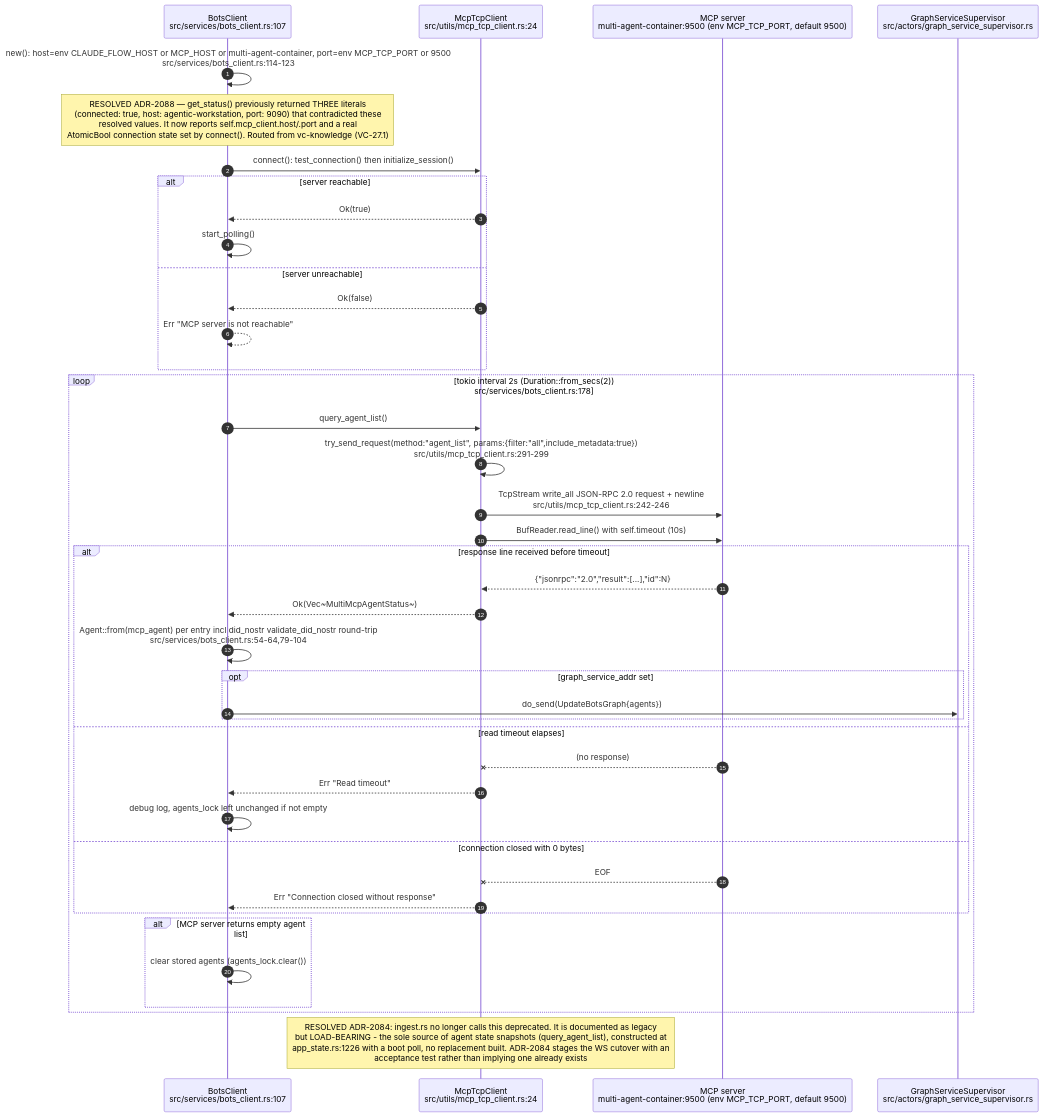
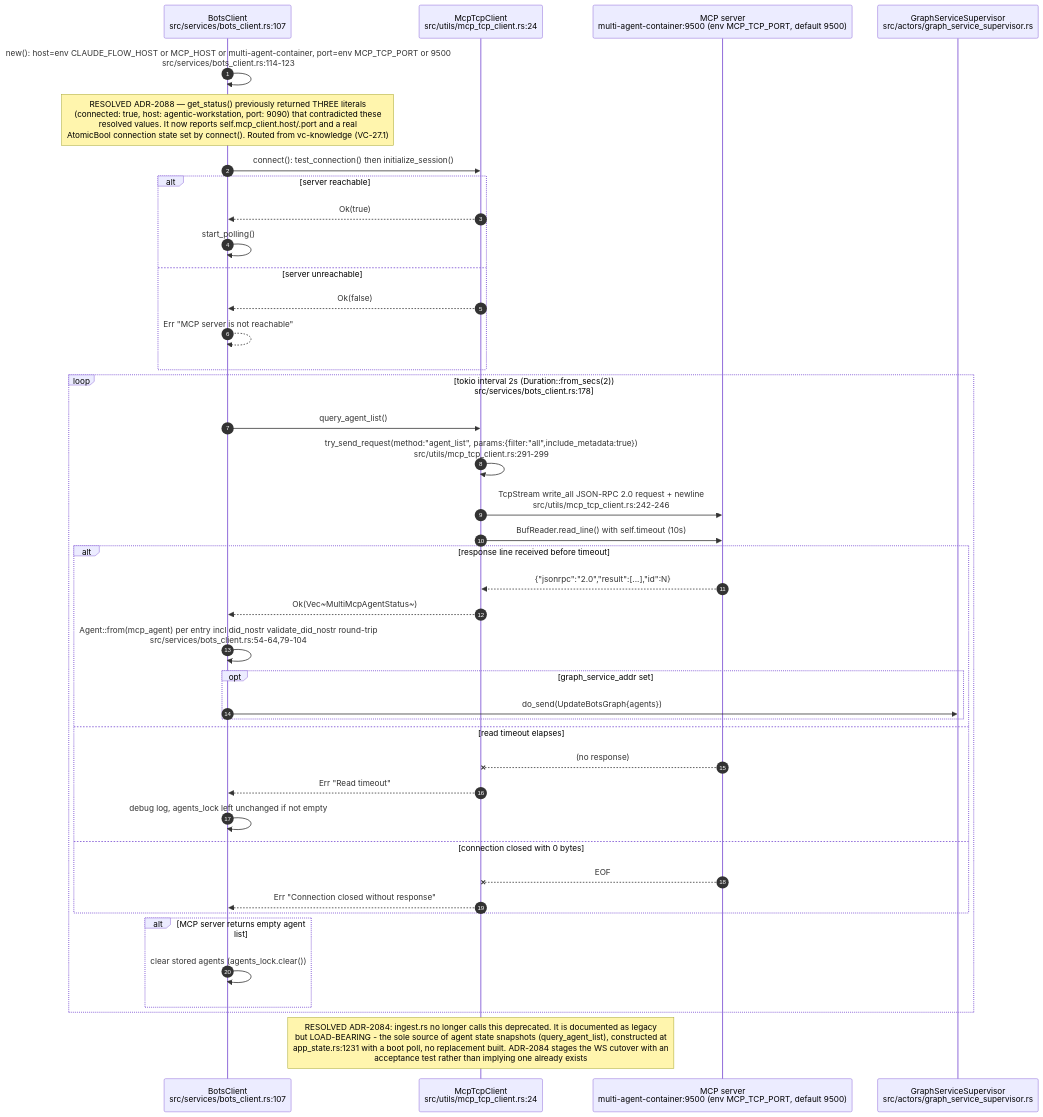
The eighth of 11 diagrams in docs/diagrams/estate/02-agent-events-agentbox-to-visionclaw.md (DreamLab-AI/AR-AI-Knowledge-Graph), drawn with Mermaid before and after one commit. The commit also changed other lines of this file and 73 other files, not shown here.

First line of the commit message:
docs(diagrams): re-verify all 71 topic files against HEAD; add --cite-check

````diff
--- a/docs/diagrams/estate/02-agent-events-agentbox-to-visionclaw.md
+++ b/docs/diagrams/estate/02-agent-events-agentbox-to-visionclaw.md
@@ -352,44 +352,44 @@
 ```mermaid
 sequenceDiagram
     autonumber
     participant BC as BotsClient<br/>src/services/bots_client.rs:107
     participant TCP as McpTcpClient<br/>src/utils/mcp_tcp_client.rs:24
     participant SRV as MCP server<br/>multi-agent-container:9500 (env MCP_TCP_PORT, default 9500)
     participant GSS as GraphServiceSupervisor<br/>src/actors/graph_service_supervisor.rs
 
     BC->>BC: new(): host=env CLAUDE_FLOW_HOST or MCP_HOST or multi-agent-container, port=env MCP_TCP_PORT or 9500<br/>src/services/bots_client.rs:114-123
     Note over BC: RESOLVED ADR-2088 — get_status() previously returned THREE literals<br/>(connected: true, host: agentic-workstation, port: 9090) that contradicted these<br/>resolved values. It now reports self.mcp_client.host/.port and a real<br/>AtomicBool connection state set by connect(). Routed from vc-knowledge (VC-27.1)
     BC->>TCP: connect(): test_connection() then initialize_session()
     alt server reachable
         TCP-->>BC: Ok(true)
         BC->>BC: start_polling()
     else server unreachable
         TCP-->>BC: Ok(false)
         BC-->>BC: Err "MCP server is not reachable"
     end
     loop tokio interval 2s (Duration::from_secs(2))<br/>src/services/bots_client.rs:178
         BC->>TCP: query_agent_list()
         TCP->>TCP: try_send_request(method:"agent_list", params:{filter:"all",include_metadata:true})<br/>src/utils/mcp_tcp_client.rs:291-299
         TCP->>SRV: TcpStream write_all JSON-RPC 2.0 request + newline<br/>src/utils/mcp_tcp_client.rs:242-246
         TCP->>SRV: BufReader.read_line() with self.timeout (10s)
         alt response line received before timeout
             SRV-->>TCP: {"jsonrpc":"2.0","result":[...],"id":N}
             TCP-->>BC: Ok(Vec~MultiMcpAgentStatus~)
             BC->>BC: Agent::from(mcp_agent) per entry incl did_nostr validate_did_nostr round-trip<br/>src/services/bots_client.rs:54-64,79-104
             opt graph_service_addr set
                 BC->>GSS: do_send(UpdateBotsGraph{agents})
             end
         else read timeout elapses
             SRV--xTCP: (no response)
             TCP-->>BC: Err "Read timeout"
             BC->>BC: debug log, agents_lock left unchanged if not empty
         else connection closed with 0 bytes
             SRV--xTCP: EOF
             TCP-->>BC: Err "Connection closed without response"
         end
         alt MCP server returns empty agent list
             BC->>BC: clear stored agents (agents_lock.clear())
         end
     end
-    Note over TCP: RESOLVED ADR-2084: ingest.rs no longer calls this deprecated. It is documented as legacy<br/>but LOAD-BEARING - the sole source of agent state snapshots (query_agent_list), constructed at<br/>app_state.rs:1226 with a boot poll, no replacement built. ADR-2084 stages the WS cutover with an<br/>acceptance test rather than implying one already exists
+    Note over TCP: RESOLVED ADR-2084: ingest.rs no longer calls this deprecated. It is documented as legacy<br/>but LOAD-BEARING - the sole source of agent state snapshots (query_agent_list), constructed at<br/>app_state.rs:1231 with a boot poll, no replacement built. ADR-2084 stages the WS cutover with an<br/>acceptance test rather than implying one already exists
 ```
````
